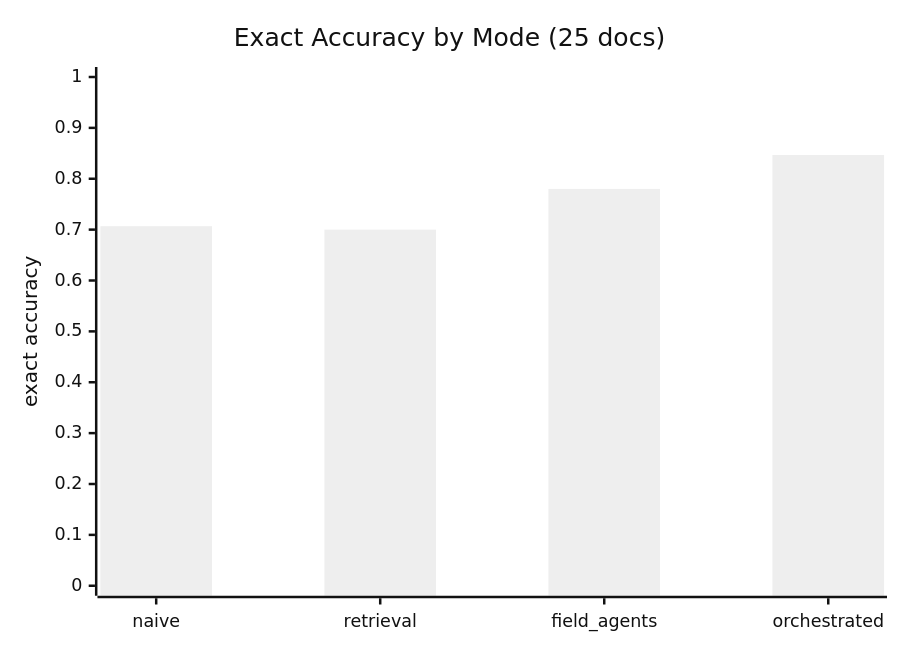
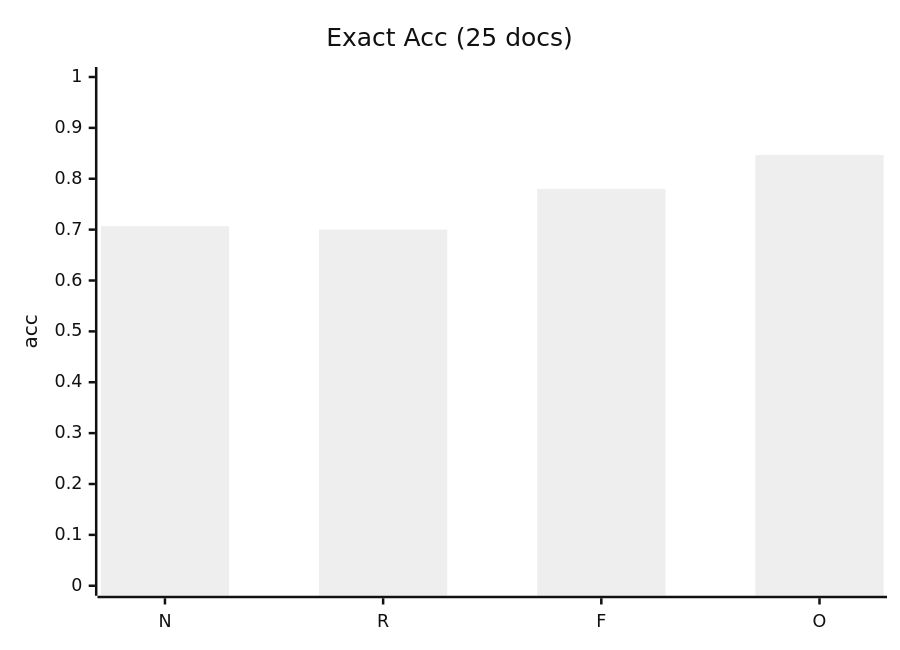
One commit to 616xold/contractFlow changed the second of 3 diagrams in README.md. Above: the diagram before and after it, drawn with Mermaid (neutral theme). The commit also changed other lines of this file, not shown here.

````diff
--- a/README.md
+++ b/README.md
@@ -65,7 +65,7 @@
 ```mermaid
 xychart-beta
-    title "Exact Accuracy by Mode (25 docs)"
-    x-axis ["naive", "retrieval", "field_agents", "orchestrated"]
-    y-axis "exact accuracy" 0 --> 1
+    title "Exact Acc (25 docs)"
+    x-axis ["N", "R", "F", "O"]
+    y-axis "acc" 0 --> 1
     bar [0.7067, 0.7000, 0.7800, 0.8467]
 ```
````
